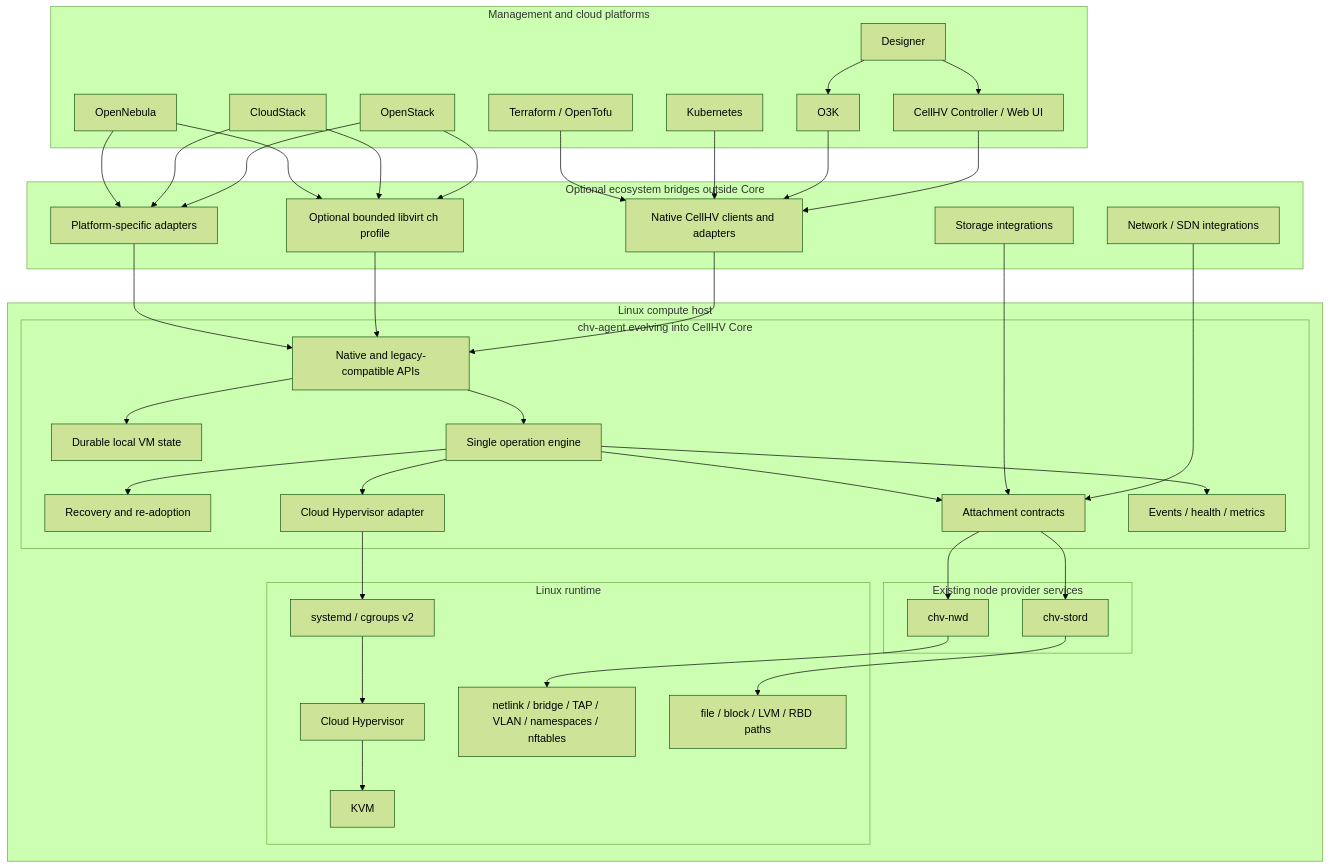
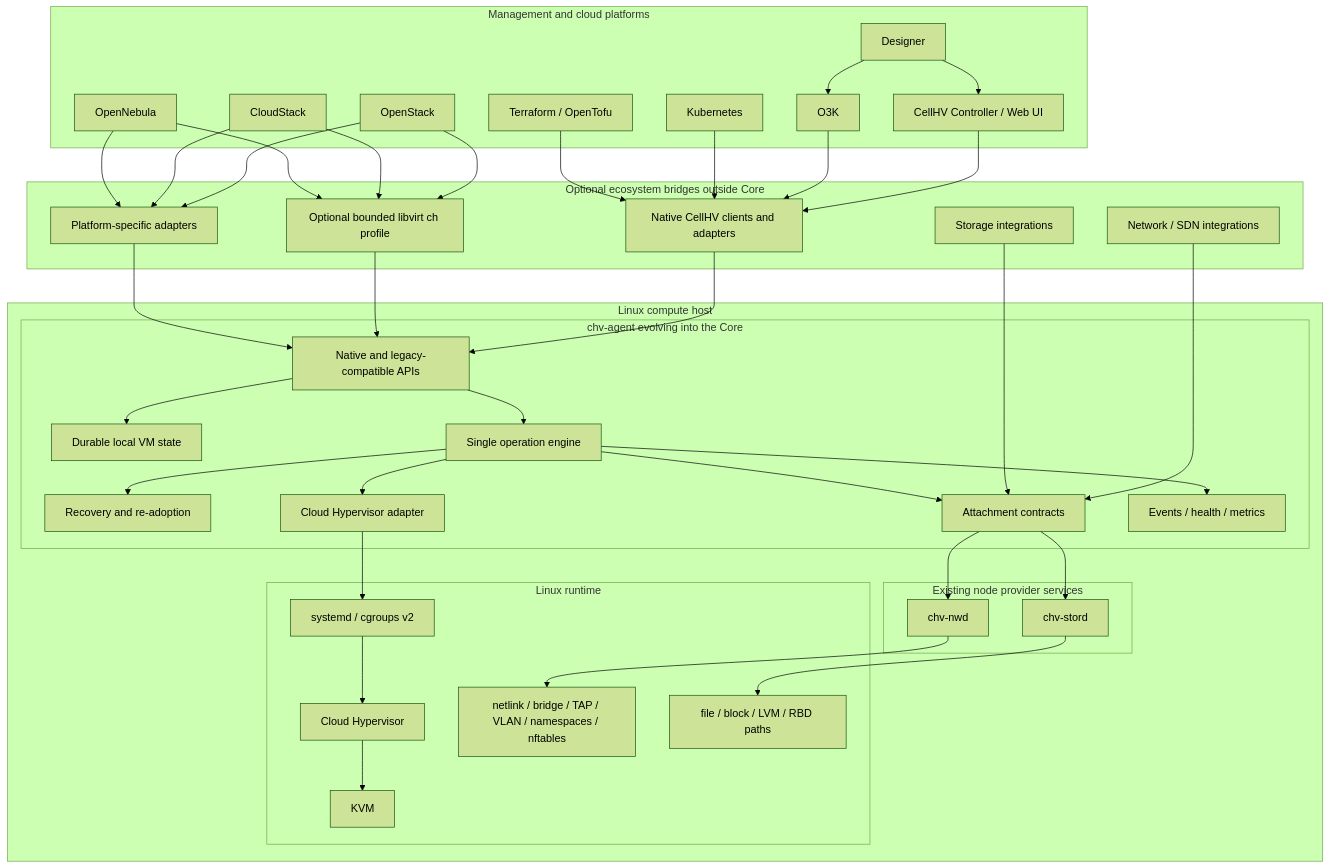
The diagram in docs/specs/cellhv-core-foundation-spec.md (kubedoio/chv), drawn with Mermaid (forest theme) before and after one commit. The commit also changed other lines of this file and 14 other files, not shown here.

First line of the commit message:
docs(cellhv): terminology and status-accuracy pass on the CellHV Core spec cluster

````diff
--- a/docs/specs/cellhv-core-foundation-spec.md
+++ b/docs/specs/cellhv-core-foundation-spec.md
@@ -105,78 +108,78 @@
 ```mermaid
 flowchart TB
     subgraph Platforms[Management and cloud platforms]
         CTRL[CellHV Controller / Web UI]
         O3K[O3K]
         OS[OpenStack]
         CS[CloudStack]
         ONE[OpenNebula]
         K8S[Kubernetes]
         TF[Terraform / OpenTofu]
         DSGN[Designer]
     end
 
     subgraph Bridges[Optional ecosystem bridges outside Core]
         NATIVE[Native CellHV clients and adapters]
         CHLIB[Optional bounded libvirt ch profile]
         PADAPT[Platform-specific adapters]
         NETINT[Network / SDN integrations]
         STORINT[Storage integrations]
     end
 
     CTRL --> NATIVE
     O3K --> NATIVE
     K8S --> NATIVE
     TF --> NATIVE
     DSGN --> CTRL
     DSGN --> O3K
     OS --> CHLIB
     OS --> PADAPT
     CS --> CHLIB
     CS --> PADAPT
     ONE --> CHLIB
     ONE --> PADAPT
 
     subgraph Host[Linux compute host]
-        subgraph Agent[chv-agent evolving into CellHV Core]
+        subgraph Agent[chv-agent evolving into the Core]
             API[Native and legacy-compatible APIs]
             STATE[Durable local VM state]
             OPS[Single operation engine]
             REC[Recovery and re-adoption]
             VMM[Cloud Hypervisor adapter]
             ATT[Attachment contracts]
             EVT[Events / health / metrics]
         end
 
         subgraph ExistingProviders[Existing node provider services]
             NWD[chv-nwd]
             STORD[chv-stord]
         end
 
         subgraph Linux[Linux runtime]
             SYSTEMD[systemd / cgroups v2]
             CH[Cloud Hypervisor]
             KVM[KVM]
             NET[netlink / bridge / TAP / VLAN / namespaces / nftables]
             BLOCK[file / block / LVM / RBD paths]
         end
 
         NATIVE --> API
         CHLIB --> API
         PADAPT --> API
         NETINT --> ATT
         STORINT --> ATT
         API --> STATE
         API --> OPS
         OPS --> REC
         OPS --> VMM
         OPS --> ATT
         OPS --> EVT
         VMM --> SYSTEMD
         SYSTEMD --> CH
         CH --> KVM
         ATT --> NWD
         ATT --> STORD
         NWD --> NET
         STORD --> BLOCK
     end
 ```
````
